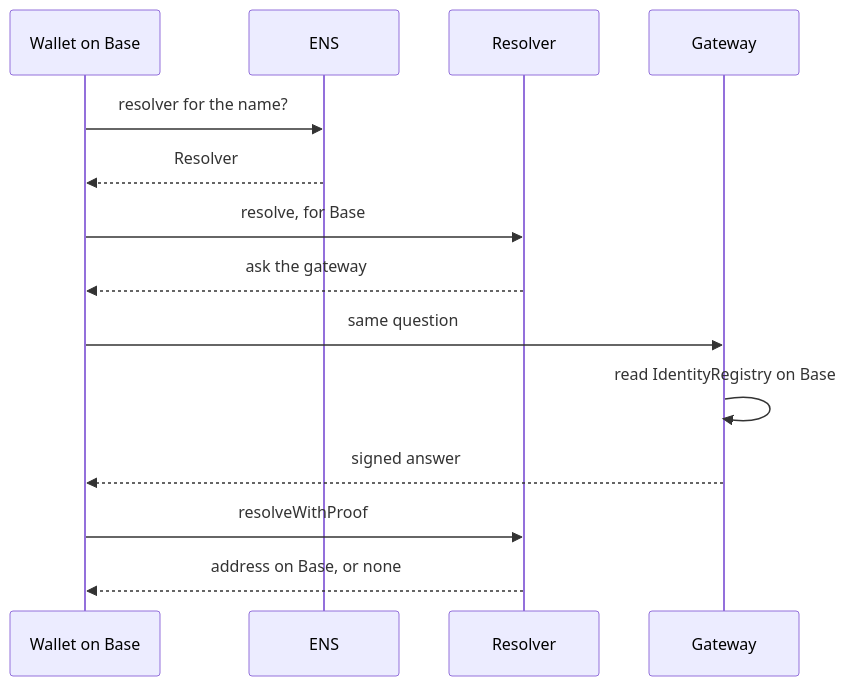
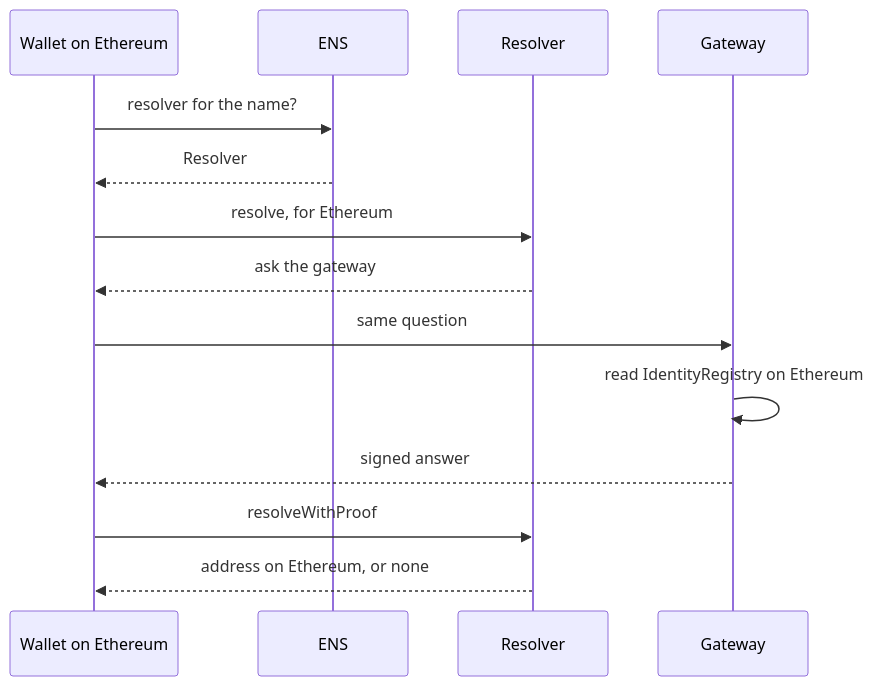
The diagram in docs/pages/ens/how-it-works.md (libid-org/libID), drawn with Mermaid before and after one commit. The commit also changed other lines of this file and 9 other files, not shown here.

````diff
--- a/docs/pages/ens/how-it-works.md
+++ b/docs/pages/ens/how-it-works.md
@@ -14,16 +14,16 @@
 ```mermaid
 sequenceDiagram
-  participant W as Wallet on Base
+  participant W as Wallet on Ethereum
   participant E as ENS
   participant R as Resolver
   participant G as Gateway
   W->>E: resolver for the name?
   E-->>W: Resolver
-  W->>R: resolve, for Base
+  W->>R: resolve, for Ethereum
   R-->>W: ask the gateway
   W->>G: same question
-  G->>G: read IdentityRegistry on Base
+  G->>G: read IdentityRegistry on Ethereum
   G-->>W: signed answer
   W->>R: resolveWithProof
-  R-->>W: address on Base, or none
+  R-->>W: address on Ethereum, or none
 ```
````
